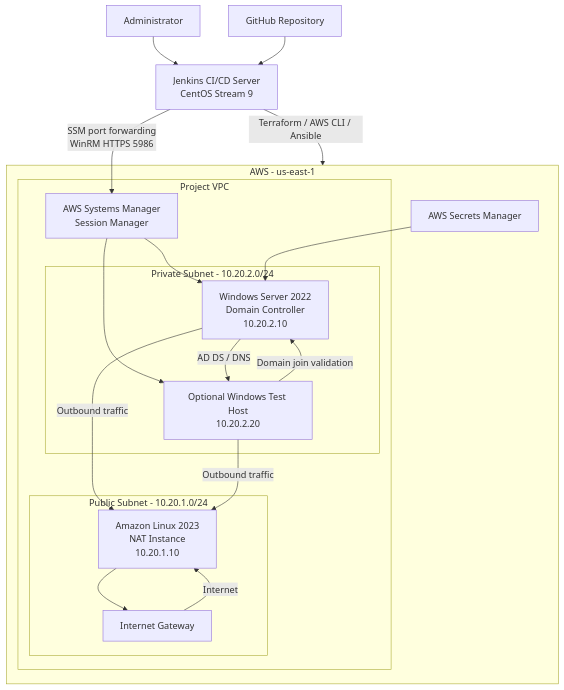
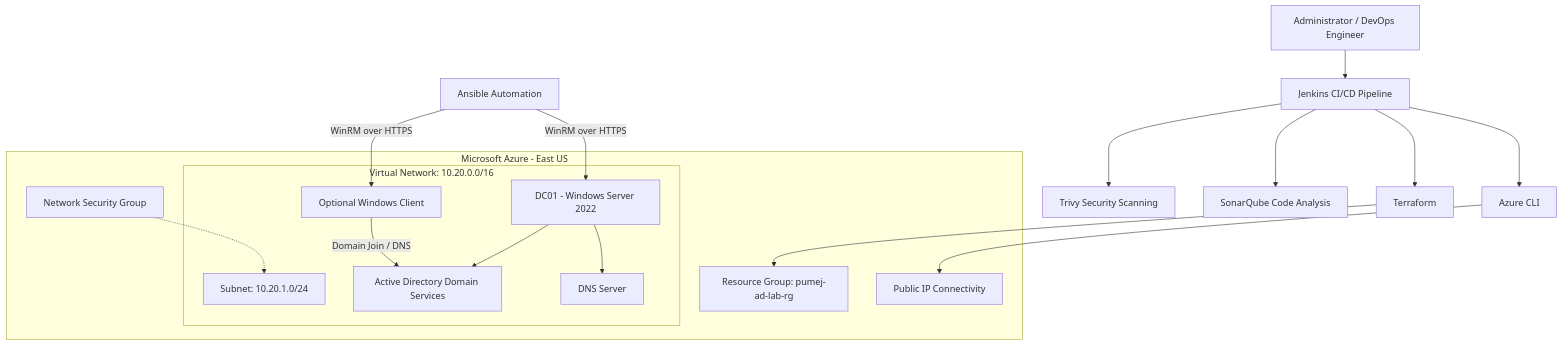
The first of 2 diagrams in README.md (Mexxy-lab/Windows-server-2022-ADDS-Azure-deployment), drawn with Mermaid before and after one commit. The commit also changed other lines of this file and 2 other files, not shown here.

Commit message:
updated files for first jenkins deployment

````diff
--- a/README.md
+++ b/README.md
@@ -61,38 +52,42 @@
 ```mermaid
 flowchart TB
-    ADMIN["Administrator"]
-    JENKINS["Jenkins CI/CD Server<br/>CentOS Stream 9"]
-    GITHUB["GitHub Repository"]
-
-    subgraph AWS["AWS - us-east-1"]
-        subgraph VPC["Project VPC"]
-            subgraph PUBLIC["Public Subnet - 10.20.1.0/24"]
-                NAT["Amazon Linux 2023<br/>NAT Instance<br/>10.20.1.10"]
-                IGW["Internet Gateway"]
-            end
-
-            subgraph PRIVATE["Private Subnet - 10.20.2.0/24"]
-                DC["Windows Server 2022<br/>Domain Controller<br/>10.20.2.10"]
-                CLIENT["Optional Windows Test Host<br/>10.20.2.20"]
-            end
-
-            SSM["AWS Systems Manager<br/>Session Manager"]
+    ADMIN["Administrator / DevOps Engineer"]
+    JENKINS["Jenkins CI/CD Pipeline"]
+    SECURITY["Trivy Security Scanning"]
+    SONAR["SonarQube Code Analysis"]
+    TF["Terraform"]
+    AZCLI["Azure CLI"]
+    ANSIBLE["Ansible Automation"]
+    
+    subgraph AZURE["Microsoft Azure - East US"]
+        RG["Resource Group: pumej-ad-lab-rg"]
+        
+        subgraph VNET["Virtual Network: 10.20.0.0/16"]
+            SUBNET["Subnet: 10.20.1.0/24"]
+            
+            DC["DC01 - Windows Server 2022"]
+            AD["Active Directory Domain Services"]
+            DNS["DNS Server"]
+            
+            CLIENT["Optional Windows Client"]
+            
+            DC --> AD
+            DC --> DNS
+            CLIENT -->|"Domain Join / DNS"| AD
         end
-
-        SECRETS["AWS Secrets Manager"]
+        
+        NSG["Network Security Group"]
+        PIP["Public IP Connectivity"]
     end
 
     ADMIN --> JENKINS
-    GITHUB --> JENKINS
-    JENKINS -->|"Terraform / AWS CLI / Ansible"| AWS
-    JENKINS -->|"SSM port forwarding<br/>WinRM HTTPS 5986"| SSM
-    SSM --> DC
-    SSM --> CLIENT
-    SECRETS --> DC
-    DC -->|"AD DS / DNS"| CLIENT
-    CLIENT -->|"Domain join validation"| DC
-    DC -->|"Outbound traffic"| NAT
-    CLIENT -->|"Outbound traffic"| NAT
-    NAT --> IGW
-    IGW -->|"Internet"| NAT
+    JENKINS --> SECURITY
+    JENKINS --> SONAR
+    JENKINS --> TF
+    TF --> RG
+    JENKINS --> AZCLI
+    AZCLI --> PIP
+    ANSIBLE -->|"WinRM over HTTPS"| DC
+    ANSIBLE -->|"WinRM over HTTPS"| CLIENT
+    NSG -.-> SUBNET
 ```
````
